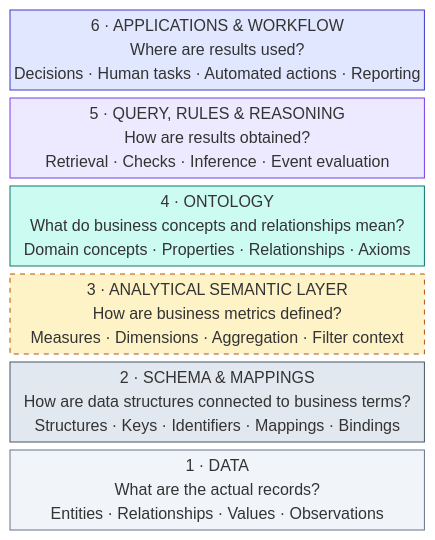
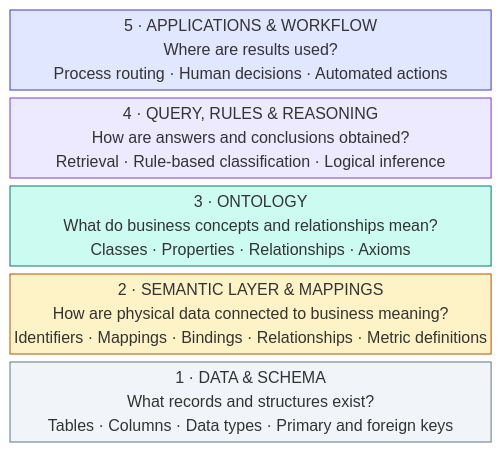
The diagram in README.md (AI4BP/decision-ontology-workflow-lab), drawn with Mermaid before and after one commit. The commit also changed other lines of this file and 10 other files, not shown here.

````diff
--- a/README.md
+++ b/README.md
@@ -15,17 +11,15 @@
 ```mermaid
 block-beta
     columns 1
-    L6["6 · APPLICATIONS & WORKFLOW<br/>Where are results used?<br/>Decisions · Human tasks · Automated actions · Reporting"]
-    L5["5 · QUERY, RULES & REASONING<br/>How are results obtained?<br/>Retrieval · Checks · Inference · Event evaluation"]
-    L4["4 · ONTOLOGY<br/>What do business concepts and relationships mean?<br/>Domain concepts · Properties · Relationships · Axioms"]
-    L3["3 · ANALYTICAL SEMANTIC LAYER<br/>How are business metrics defined?<br/>Measures · Dimensions · Aggregation · Filter context"]
-    L2["2 · SCHEMA & MAPPINGS<br/>How are data structures connected to business terms?<br/>Structures · Keys · Identifiers · Mappings · Bindings"]
-    L1["1 · DATA<br/>What are the actual records?<br/>Entities · Relationships · Values · Observations"]
+    L5["5 · APPLICATIONS & WORKFLOW<br/>Where are results used?<br/>Process routing · Human decisions · Automated actions"]
+    L4["4 · QUERY, RULES & REASONING<br/>How are answers and conclusions obtained?<br/>Retrieval · Rule-based classification · Logical inference"]
+    L3["3 · ONTOLOGY<br/>What do business concepts and relationships mean?<br/>Classes · Properties · Relationships · Axioms"]
+    L2["2 · SEMANTIC LAYER & MAPPINGS<br/>How are physical data connected to business meaning?<br/>Identifiers · Mappings · Bindings · Relationships · Metric definitions"]
+    L1["1 · DATA & SCHEMA<br/>What records and structures exist?<br/>Tables · Columns · Data types · Primary and foreign keys"]
 
-    style L6 fill:#e0e7ff,stroke:#4338ca,color:#0f172a
-    style L5 fill:#ede9fe,stroke:#7c3aed,color:#0f172a
-    style L4 fill:#ccfbf1,stroke:#0f766e,color:#0f172a
-    style L3 fill:#fef3c7,stroke:#b45309,color:#0f172a,stroke-dasharray:5 5
-    style L2 fill:#e2e8f0,stroke:#475569,color:#0f172a
+    style L5 fill:#e0e7ff,stroke:#4338ca,color:#0f172a
+    style L4 fill:#ede9fe,stroke:#7c3aed,color:#0f172a
+    style L3 fill:#ccfbf1,stroke:#0f766e,color:#0f172a
+    style L2 fill:#fef3c7,stroke:#b45309,color:#0f172a
     style L1 fill:#f1f5f9,stroke:#64748b,color:#0f172a
 ```
````
